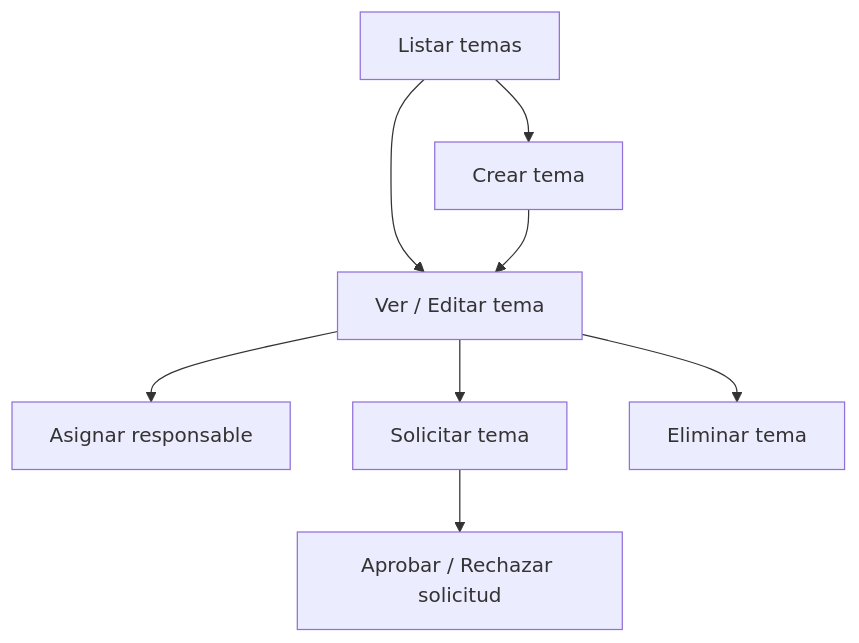
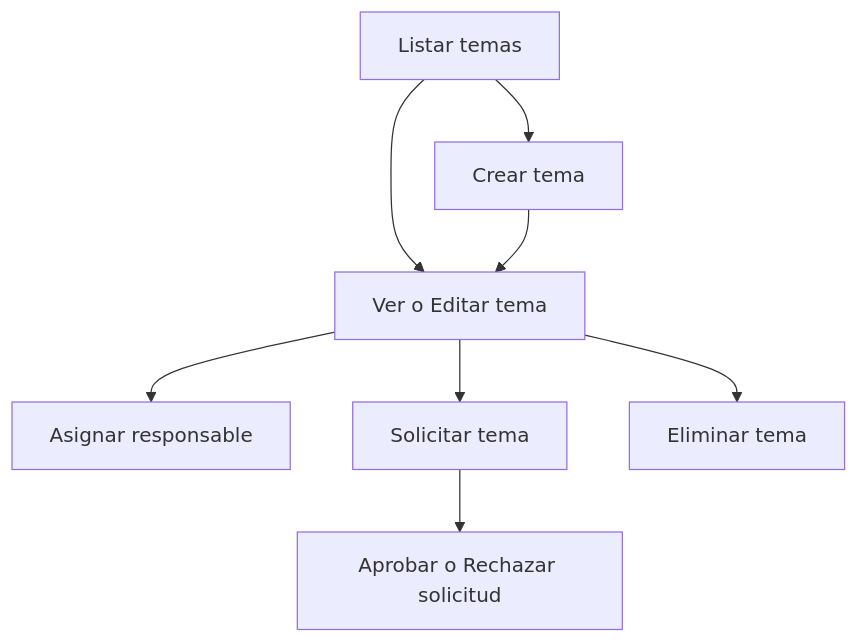
Before and after one commit to Erick1528/revista-mundo-real: the sixth of 7 diagrams in README.md, drawn with Mermaid. The commit also changed other lines of this file, not shown here.

Commit message:
chore: update README diagrams for improved clarity and consistency, correcting labels and enhancing visual structure

````diff
--- a/README.md
+++ b/README.md
@@ -156,18 +156,18 @@
 ```mermaid
-flowchart TB
-  Listar["Listar temas"]
-  Crear["Crear tema"]
-  Ver["Ver / Editar tema"]
-  Asignar["Asignar responsable"]
-  Solicitar["Solicitar tema"]
-  Decidir["Aprobar / Rechazar solicitud"]
-  Eliminar["Eliminar tema"]
+graph TB
+  Listar[Listar temas]
+  Crear[Crear tema]
+  Ver[Ver o Editar tema]
+  Asignar[Asignar responsable]
+  Solicitar[Solicitar tema]
+  Decidir[Aprobar o Rechazar solicitud]
+  Eliminar[Eliminar tema]
 
   Listar --> Crear
   Listar --> Ver
   Crear --> Ver
   Ver --> Asignar
   Ver --> Solicitar
   Solicitar --> Decidir
   Ver --> Eliminar
 ```
````
